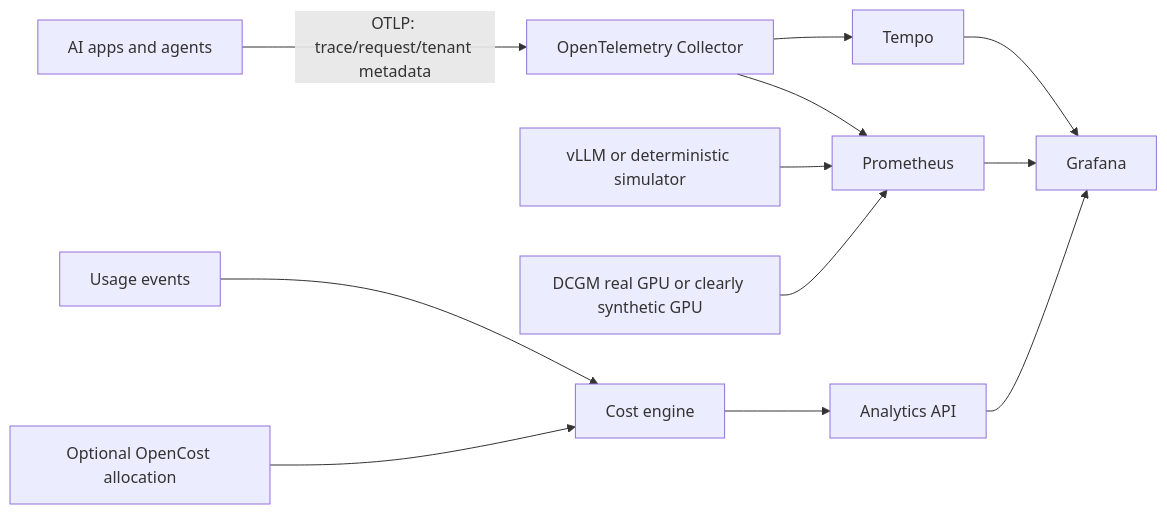
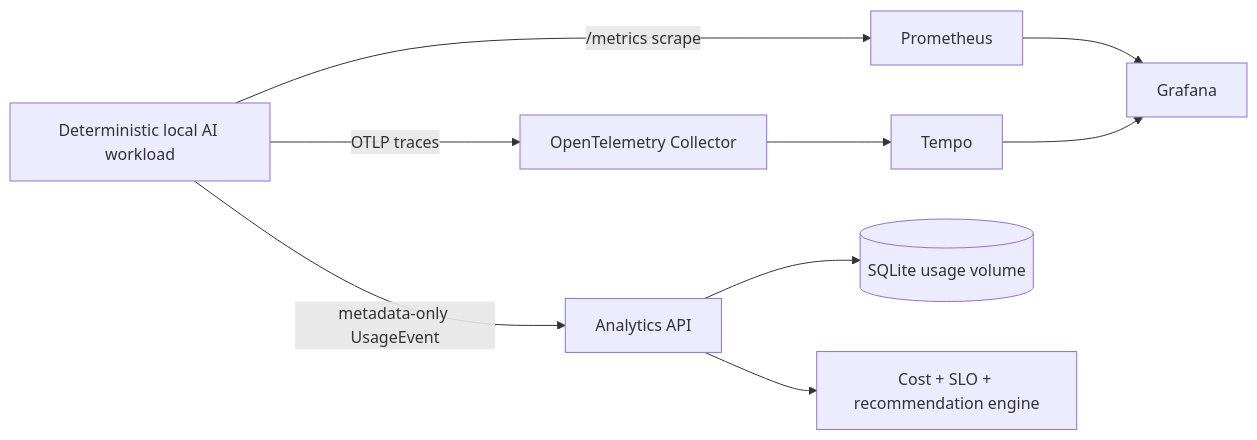
The diagram in docs/architecture.md (Bepoadewale/ai-observability-finops-platform), drawn with Mermaid before and after one commit. The commit also changed other lines of this file and 13 other files, not shown here.

````diff
--- a/docs/architecture.md
+++ b/docs/architecture.md
@@ -3,14 +3,11 @@
 ```mermaid
 flowchart LR
-  A[AI apps and agents] -->|OTLP: trace/request/tenant metadata| C[OpenTelemetry Collector]
-  C --> T[Tempo]
-  C --> P[Prometheus]
-  V[vLLM or deterministic simulator] --> P
-  G[DCGM real GPU or clearly synthetic GPU] --> P
-  U[Usage events] --> E[Cost engine]
-  O[Optional OpenCost allocation] --> E
-  E --> API[Analytics API]
-  P --> GR[Grafana]
-  T --> GR
-  API --> GR
+  W[Deterministic local AI workload] -->|metadata-only UsageEvent| A[Analytics API]
+  W -->|OTLP traces| O[OpenTelemetry Collector]
+  W -->|/metrics scrape| P[Prometheus]
+  O --> T[Tempo]
+  A --> S[(SQLite usage volume)]
+  A --> F[Cost + SLO + recommendation engine]
+  P --> G[Grafana]
+  T --> G
 ```
````
